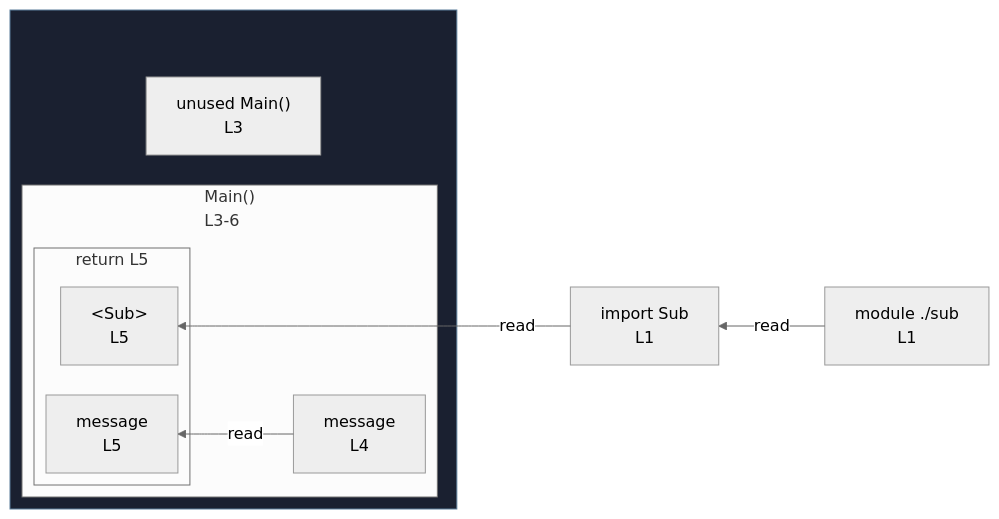
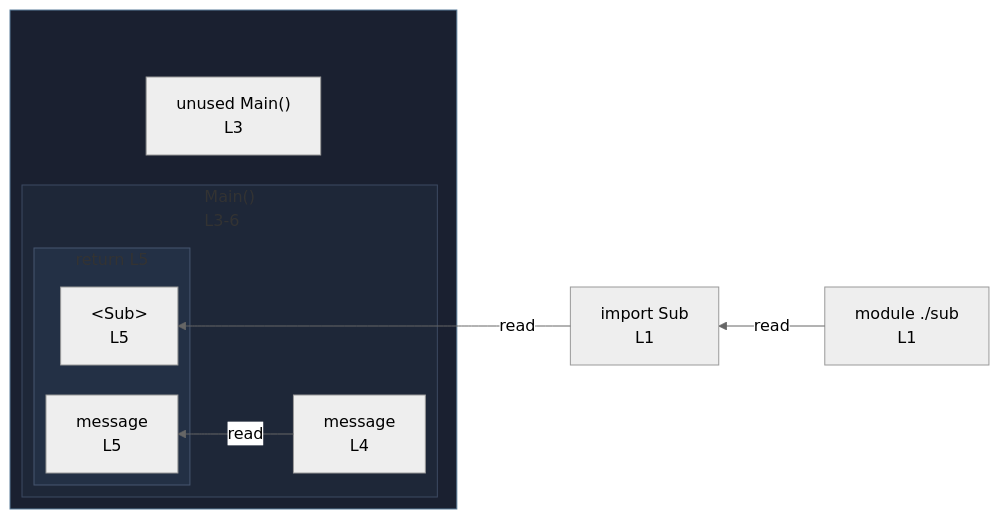
The diagram in integration/fixtures/jsx/children-expression/preview.md (crescware/unsnarl), drawn with Mermaid (neutral theme) before and after one commit. The commit also changed 249 other files, not shown here.

First line of the commit message:
Color Mermaid subgraphs by nesting depth via theme palette

````diff
--- a/integration/fixtures/jsx/children-expression/preview.md
+++ b/integration/fixtures/jsx/children-expression/preview.md
@@ -16,24 +16,28 @@
 ```mermaid
 %%{init: {"flowchart": {"defaultRenderer": "elk"}}}%%
 flowchart RL
   n_scope_0_Sub_9["import Sub<br/>L1"]
   subgraph wrap_s_scope_1[" "]
     direction TB
     n_scope_0_Main_46["unused Main()<br/>L3"]
     subgraph s_scope_1["Main()<br/>L3-6"]
       direction RL
       n_scope_1_message_63["message<br/>L4"]
       subgraph s_return_scope_0_Main_46_84_112["return L5"]
         direction RL
         ret_use_ref_1["&lt;Sub&gt;<br/>L5"]
         ret_use_ref_2["message<br/>L5"]
       end
     end
   end
   n_scope_0_Sub_9 -->|read| ret_use_ref_1
   n_scope_1_message_63 -->|read| ret_use_ref_2
   mod___sub["module ./sub<br/>L1"]
   mod___sub -->|read| n_scope_0_Sub_9
   classDef fnWrap fill:#1a2030,stroke:#5a7d99;
   class wrap_s_scope_1 fnWrap;
+  classDef nestL1 fill:#1e2738,stroke:#3d4a63;
+  class s_scope_1 nestL1;
+  classDef nestL2 fill:#233045,stroke:#475670;
+  class s_return_scope_0_Main_46_84_112 nestL2;
 ```
````
